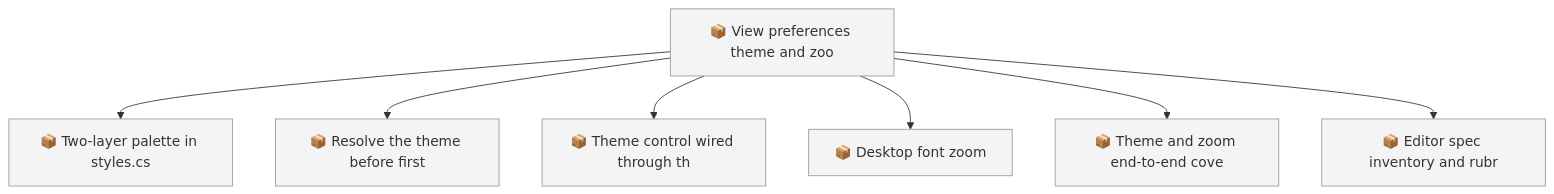
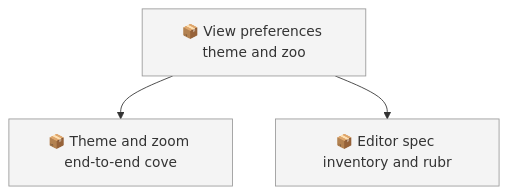
One commit to SpillwaveSolutions/okf-forge changed the first of 2 diagrams in docs/roadmap.md. Above: the diagram before and after it, drawn with Mermaid. The commit also changed other lines of this file and 15 other files, not shown here.

First line of the commit message:
feat(ui): light/dark/system theme and desktop font zoom (01KZ2M32NY8ZWMW8GWRZ7G3WQD)

````diff
--- a/docs/roadmap.md
+++ b/docs/roadmap.md
@@ -44,18 +40,10 @@
 ```mermaid
 graph TD
     01KZ2KCJKX6S20SBVHBEQDZA0K["📦 View preferences theme and zoo"]
-    01KZ2M32NY8ZWMW8GWRZ7G3WQD["📦 Two-layer palette in styles.cs"]
-    01KZ2M32TVGPVF4PYTJ1BJENH7["📦 Resolve the theme before first"]
-    01KZ2M32ZY8G5RVEB2F0EK9G1E["📦 Theme control wired through th"]
-    01KZ2M334TJ1XNRKG7Y2ENHA5W["📦 Desktop font zoom"]
     01KZ2M339YT6TMAQHJSTEGPADA["📦 Theme and zoom end-to-end cove"]
     01KZ2M33EZ4KPYJ8G9SEQ4NFBG["📦 Editor spec inventory and rubr"]
-    01KZ2KCJKX6S20SBVHBEQDZA0K --> 01KZ2M32NY8ZWMW8GWRZ7G3WQD
-    01KZ2KCJKX6S20SBVHBEQDZA0K --> 01KZ2M32TVGPVF4PYTJ1BJENH7
-    01KZ2KCJKX6S20SBVHBEQDZA0K --> 01KZ2M32ZY8G5RVEB2F0EK9G1E
-    01KZ2KCJKX6S20SBVHBEQDZA0K --> 01KZ2M334TJ1XNRKG7Y2ENHA5W
     01KZ2KCJKX6S20SBVHBEQDZA0K --> 01KZ2M339YT6TMAQHJSTEGPADA
     01KZ2KCJKX6S20SBVHBEQDZA0K --> 01KZ2M33EZ4KPYJ8G9SEQ4NFBG
     classDef todo fill:#f4f4f4,stroke:#999999
-    class 01KZ2KCJKX6S20SBVHBEQDZA0K,01KZ2M32NY8ZWMW8GWRZ7G3WQD,01KZ2M32TVGPVF4PYTJ1BJENH7,01KZ2M32ZY8G5RVEB2F0EK9G1E,01KZ2M334TJ1XNRKG7Y2ENHA5W,01KZ2M339YT6TMAQHJSTEGPADA,01KZ2M33EZ4KPYJ8G9SEQ4NFBG todo
+    class 01KZ2KCJKX6S20SBVHBEQDZA0K,01KZ2M339YT6TMAQHJSTEGPADA,01KZ2M33EZ4KPYJ8G9SEQ4NFBG todo
 ```
````
